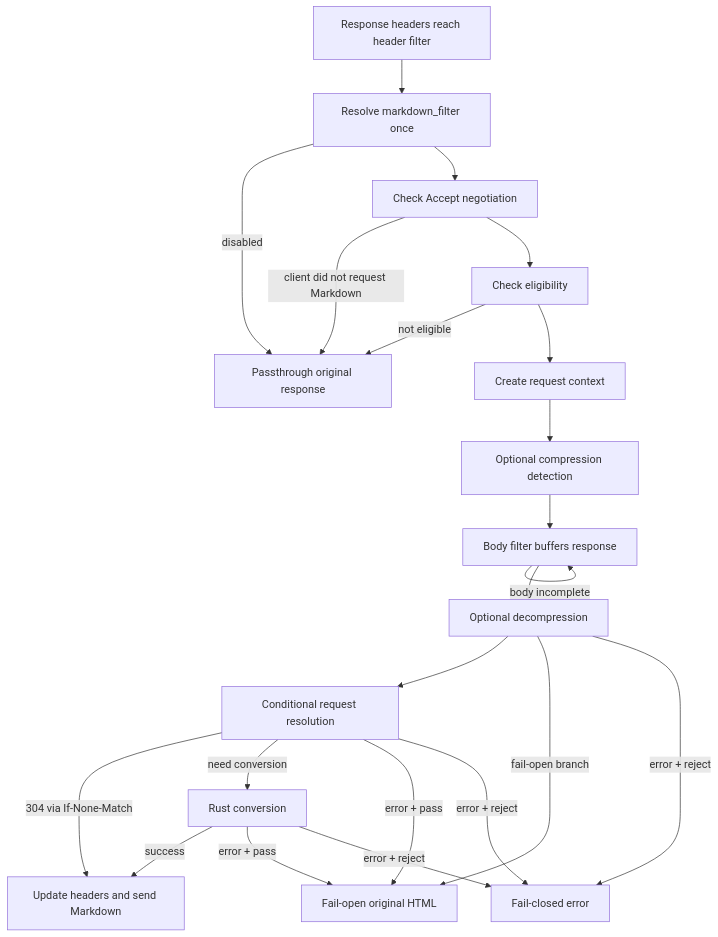
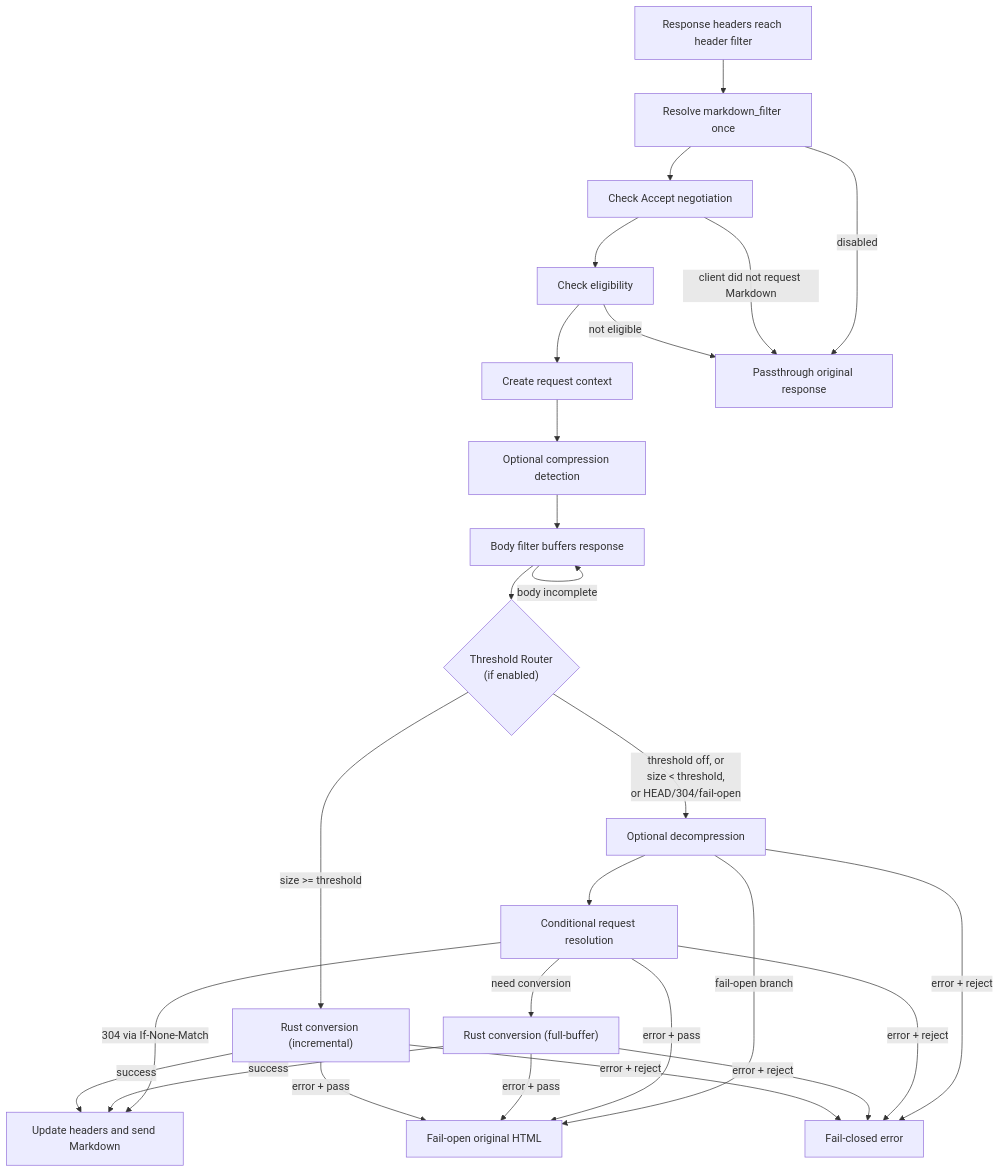
One commit to cnkang/nginx-markdown-for-agents changed the diagram in docs/architecture/REQUEST_LIFECYCLE.md. Above: the diagram before and after it, drawn with Mermaid. The commit also changed other lines of this file, not shown here.

First line of the commit message:
docs(architecture): update REQUEST_LIFECYCLE with incremental path details

````diff
--- a/docs/architecture/REQUEST_LIFECYCLE.md
+++ b/docs/architecture/REQUEST_LIFECYCLE.md
@@ -27,39 +28,46 @@
 ```mermaid
 flowchart TD
     A["Response headers reach header filter"]
     B["Resolve markdown_filter once"]
     C["Check Accept negotiation"]
     D["Check eligibility"]
     E["Create request context"]
     F["Optional compression detection"]
     G["Body filter buffers response"]
+    TR{"Threshold Router<br/>(if enabled)"}
     H["Optional decompression"]
     I["Conditional request resolution"]
-    J["Rust conversion"]
+    J["Rust conversion (full-buffer)"]
+    JI["Rust conversion (incremental)"]
     K["Update headers and send Markdown"]
     L["Passthrough original response"]
     M["Fail-open original HTML"]
     N["Fail-closed error"]
 
     A --> B
     B -->|disabled| L
     B --> C
     C -->|client did not request Markdown| L
     C --> D
     D -->|not eligible| L
     D --> E
     E --> F
     F --> G
     G -->|body incomplete| G
-    G --> H
+    G --> TR
+    TR -->|threshold off, or<br/>size < threshold,<br/>or HEAD/304/fail-open| H
+    TR -->|size >= threshold| JI
     H --> I
     I -->|304 via If-None-Match| K
     I -->|need conversion| J
     J -->|success| K
+    JI -->|success| K
     H -->|fail-open branch| M
     I -->|error + pass| M
     J -->|error + pass| M
+    JI -->|error + pass| M
     H -->|error + reject| N
     I -->|error + reject| N
     J -->|error + reject| N
+    JI -->|error + reject| N
 ```
````
